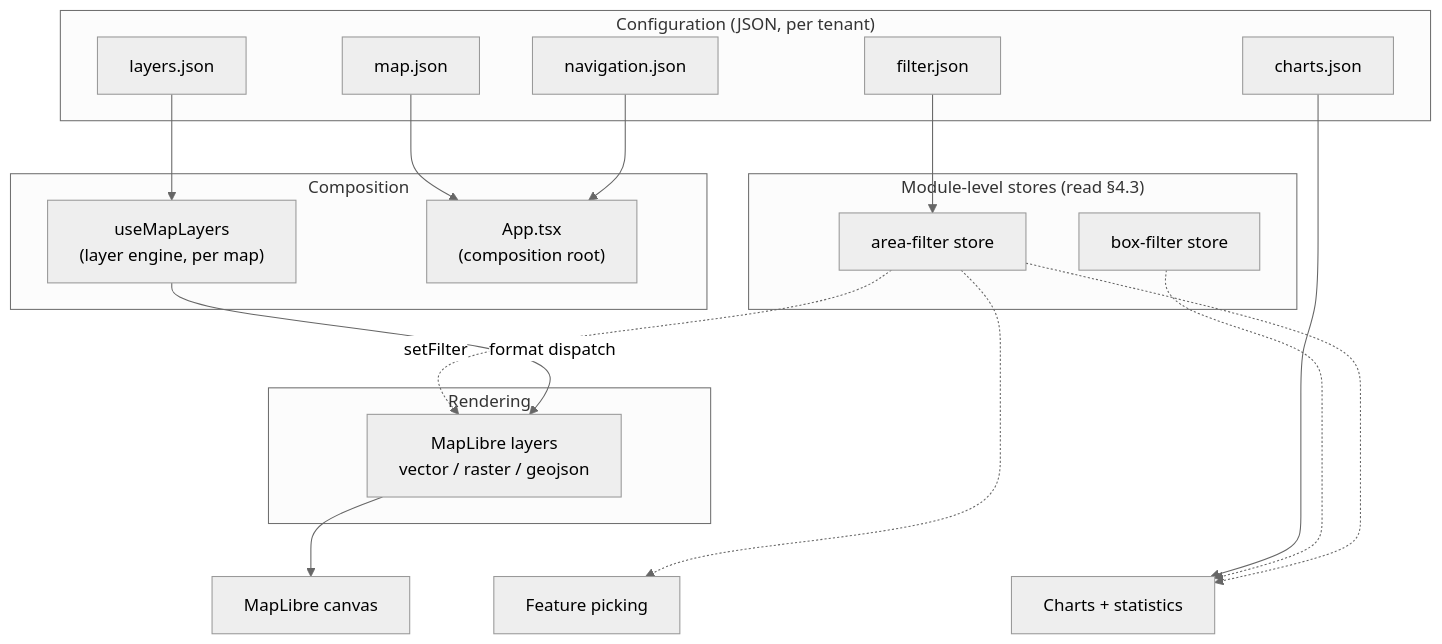
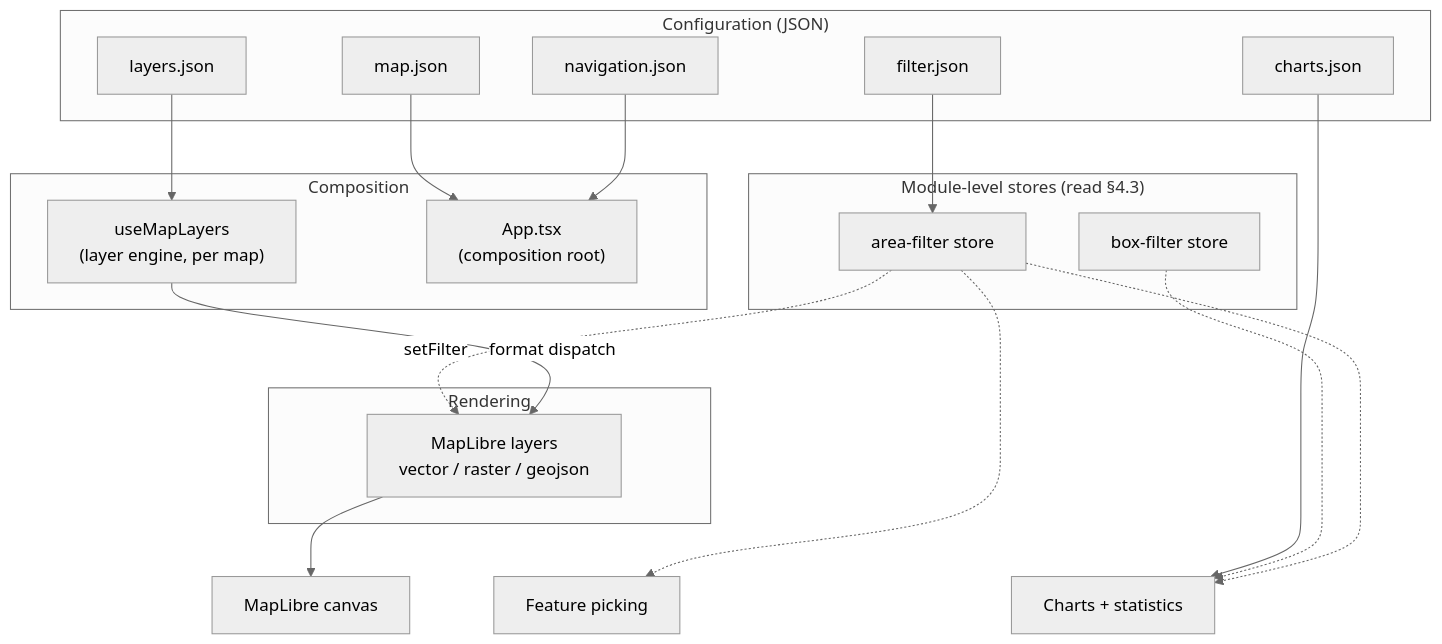
The second of 4 diagrams in docs/system-design.md (ObjectVision/DeRondeKaart), drawn with Mermaid (neutral theme) before and after one commit. The commit also changed other lines of this file, not shown here.

````diff
--- a/docs/system-design.md
+++ b/docs/system-design.md
@@ -137,44 +126,44 @@
 ```mermaid
 flowchart TD
-    subgraph config["Configuration (JSON, per tenant)"]
+    subgraph config["Configuration (JSON)"]
         lj["layers.json"]
         nj["navigation.json"]
         cj["charts.json"]
         fj["filter.json"]
         mj["map.json"]
     end
 
     subgraph state["Composition"]
         uml["useMapLayers<br/>(layer engine, per map)"]
         app["App.tsx<br/>(composition root)"]
     end
 
     subgraph stores["Module-level stores (read §4.3)"]
         af["area-filter store"]
         bf["box-filter store"]
     end
 
     subgraph render["Rendering"]
         ml["MapLibre layers<br/>vector / raster / geojson"]
     end
 
     canvas["MapLibre canvas"]
     charts["Charts + statistics"]
     pick["Feature picking"]
 
     lj --> uml
     nj --> app
     mj --> app
     uml -->|"format dispatch"| ml
     ml --> canvas
     af -.->|"setFilter"| ml
     af -.-> pick
     af -.-> charts
     bf -.-> charts
     cj --> charts
     fj --> af
 
     %% Layout only: invisible edges putting the three outputs on one rank.
     ml ~~~ charts
     ml ~~~ pick
 ```
````
